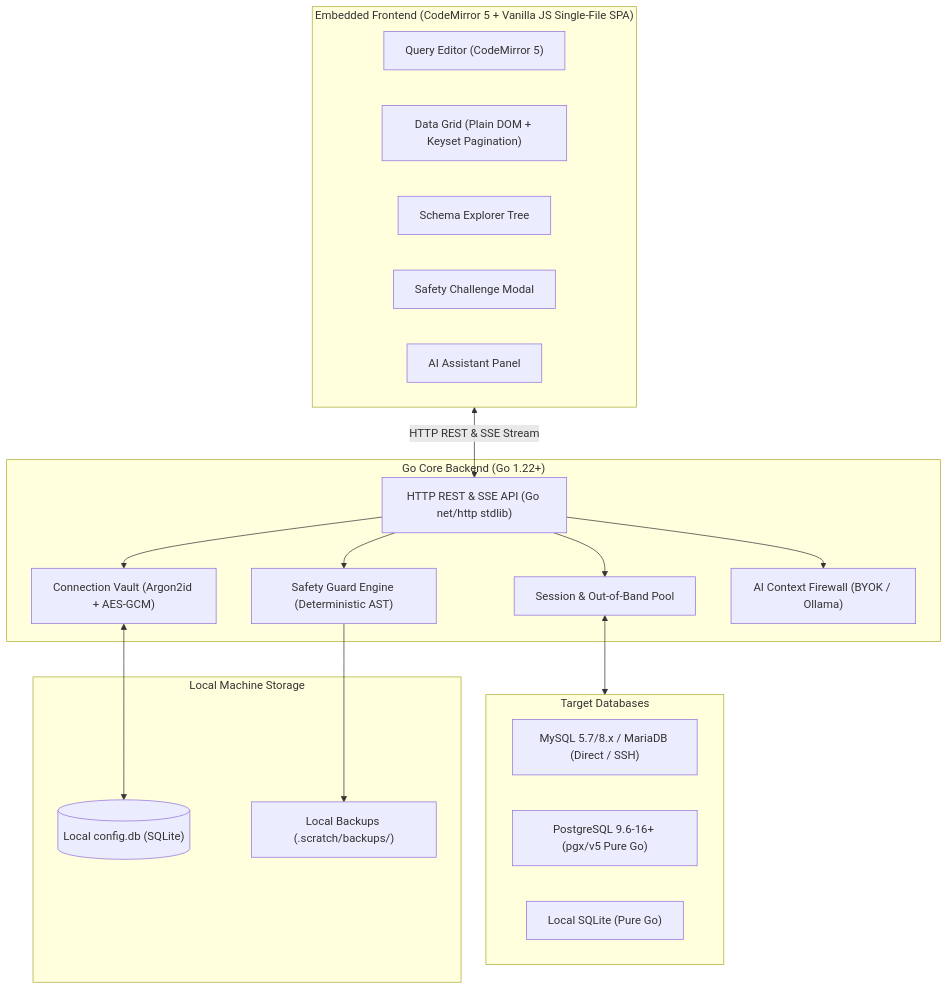
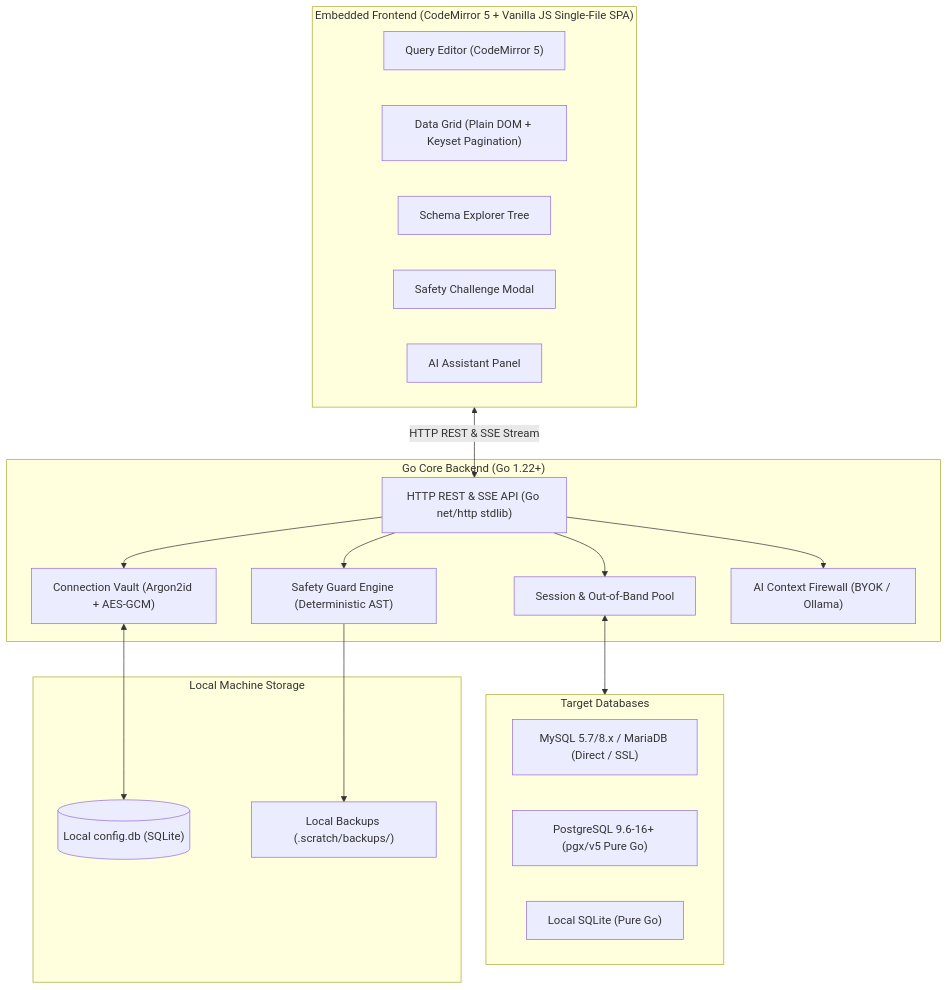
The first of 16 diagrams in ARCHITECTURE.md (herliansyah/sqlfox), drawn with Mermaid before and after one commit. The commit also changed 16 other files, not shown here.

````diff
--- a/ARCHITECTURE.md
+++ b/ARCHITECTURE.md
@@ -9,38 +9,38 @@
 ```mermaid
 flowchart TD
     subgraph UI ["Embedded Frontend (CodeMirror 5 + Vanilla JS Single-File SPA)"]
         UI_Editor["Query Editor (CodeMirror 5)"]
         UI_Grid["Data Grid (Plain DOM + Keyset Pagination)"]
         UI_Tree["Schema Explorer Tree"]
         UI_Guard["Safety Challenge Modal"]
         UI_AI["AI Assistant Panel"]
     end
 
     subgraph GoCore ["Go Core Backend (Go 1.22+)"]
         API["HTTP REST & SSE API (Go net/http stdlib)"]
         Vault["Connection Vault (Argon2id + AES-GCM)"]
         Safety["Safety Guard Engine (Deterministic AST)"]
         SessionMgr["Session & Out-of-Band Pool"]
         AIProxy["AI Context Firewall (BYOK / Ollama)"]
     end
 
     subgraph TargetDB ["Target Databases"]
-        MySQL["MySQL 5.7/8.x / MariaDB (Direct / SSH)"]
+        MySQL["MySQL 5.7/8.x / MariaDB (Direct / SSL)"]
         Postgres["PostgreSQL 9.6-16+ (pgx/v5 Pure Go)"]
         SQLite["Local SQLite (Pure Go)"]
     end
 
     subgraph Storage ["Local Machine Storage"]
         ConfigDB[("Local config.db (SQLite)")]
         DumpDir["Local Backups (.scratch/backups/)"]
     end
 
     UI <-->|HTTP REST & SSE Stream| API
     API --> Vault
     API --> Safety
     API --> SessionMgr
     API --> AIProxy
     Vault <--> ConfigDB
     Safety --> DumpDir
     SessionMgr <--> TargetDB
 ```
````
